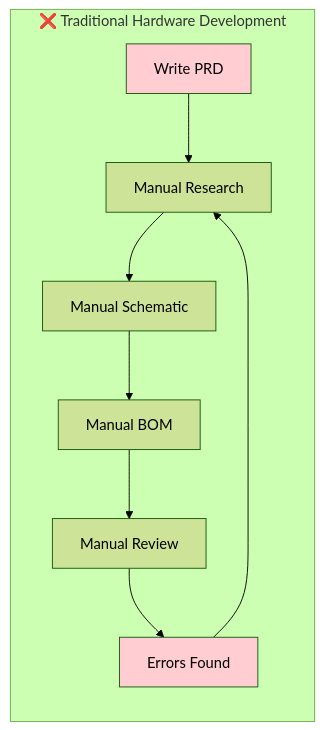
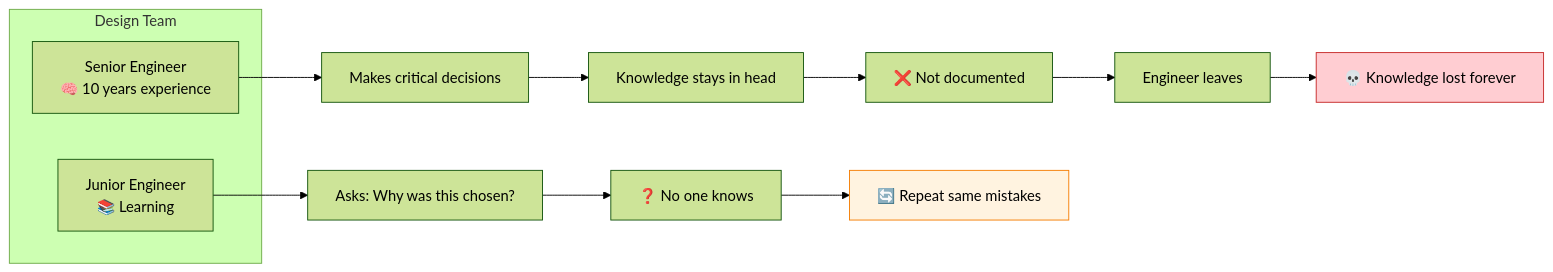
Before and after one commit to FidelOdok/MetaForge-Planner: the fourth of 22 diagrams in docs/index.md, drawn with Mermaid (forest theme). The commit also changed other lines of this file and 2 other files, not shown here.

First line of the commit message:
docs: update MetaForge documentation to reflect new platform vision and address hardware development challenges

````diff
--- a/docs/index.md
+++ b/docs/index.md
@@ -27,14 +192,20 @@
 ```mermaid
 flowchart LR
-    subgraph Traditional["❌ Traditional Hardware Development"]
-        P1[Write PRD] --> M1[Manual Research]
-        M1 --> M2[Manual Schematic]
-        M2 --> M3[Manual BOM]
-        M3 --> M4[Manual Review]
-        M4 --> M5[Errors Found]
-        M5 --> M1
+    subgraph Team["Design Team"]
+        E1[Senior Engineer<br/>🧠 10 years experience]
+        E2[Junior Engineer<br/>📚 Learning]
     end
 
-    style P1 fill:#ffcdd2
-    style M5 fill:#ffcdd2
+    E1 --> D1[Makes critical decisions]
+    D1 --> K1[Knowledge stays in head]
+    K1 --> L1[❌ Not documented]
+    L1 --> C1[Engineer leaves]
+    C1 --> L2[💀 Knowledge lost forever]
+
+    E2 --> D2[Asks: Why was this chosen?]
+    D2 --> K2[❓ No one knows]
+    K2 --> R1[🔄 Repeat same mistakes]
+
+    style L2 fill:#ffcdd2,stroke:#c62828
+    style R1 fill:#fff3e0,stroke:#f57c00
 ```
````
